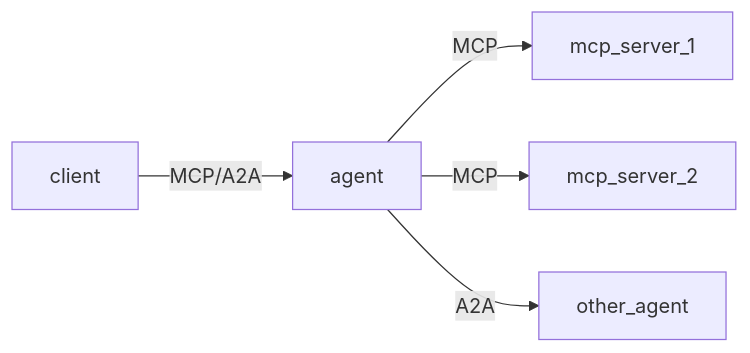
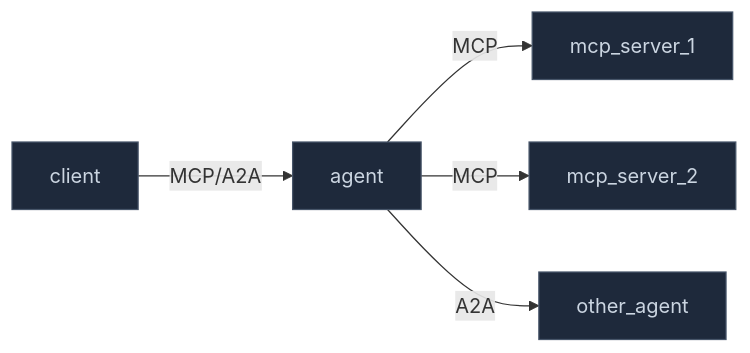
Before and after one commit to outshift-open/CASA: the diagram in docs/ui/docs/concepts/mas.md, drawn with Mermaid. The commit also changed 8 other files, not shown here.

````diff
--- a/docs/ui/docs/concepts/mas.md
+++ b/docs/ui/docs/concepts/mas.md
@@ -25,7 +25,13 @@
 ```mermaid
 graph LR
     client -->|MCP/A2A| agent
     agent -->|MCP| mcp_server_1
     agent -->|MCP| mcp_server_2
     agent -->|A2A| other_agent
+
+    style client       fill:#1e293b,stroke:#475569,color:#cbd5e1
+    style agent        fill:#1e293b,stroke:#475569,color:#cbd5e1
+    style other_agent  fill:#1e293b,stroke:#475569,color:#cbd5e1
+    style mcp_server_1 fill:#1e293b,stroke:#475569,color:#cbd5e1
+    style mcp_server_2 fill:#1e293b,stroke:#475569,color:#cbd5e1
 ```
````
